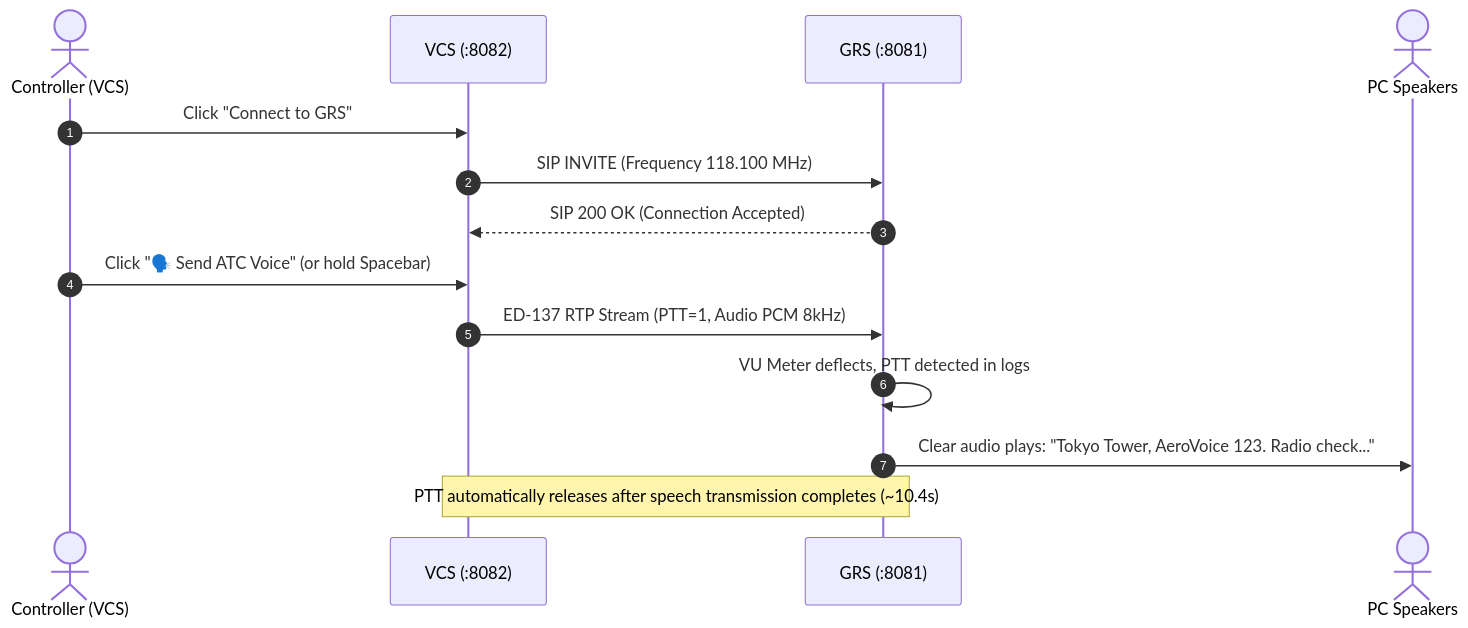
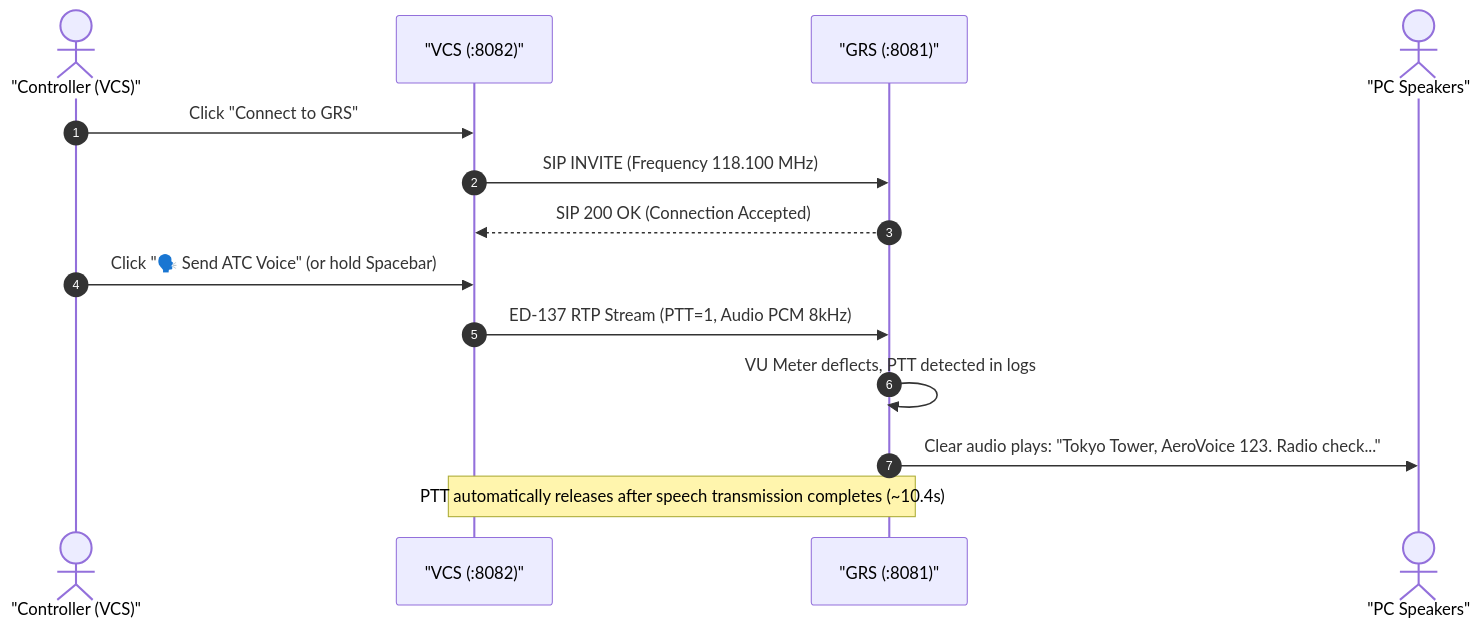
Before and after one commit to sh0jitmy/aerovoice: the third of 3 diagrams in docs/manual.md, drawn with Mermaid. The commit also changed other lines of this file and 5 other files, not shown here.

Commit message:
fix(docs): resolve Mermaid syntax errors in system architecture and manual diagrams

````diff
--- a/docs/manual.md
+++ b/docs/manual.md
@@ -131,18 +131,18 @@
 ```mermaid
 sequenceDiagram
     autonumber
-    actor Controller as Controller (VCS)
-    participant VCS as VCS (:8082)
-    participant GRS as GRS (:8081)
-    actor Speaker as PC Speakers
+    actor Controller as "Controller (VCS)"
+    participant VCS as "VCS (:8082)"
+    participant GRS as "GRS (:8081)"
+    actor Speaker as "PC Speakers"
 
     Controller->>VCS: Click "Connect to GRS"
     VCS->>GRS: SIP INVITE (Frequency 118.100 MHz)
     GRS-->>VCS: SIP 200 OK (Connection Accepted)
 
     Controller->>VCS: Click "🗣️ Send ATC Voice" (or hold Spacebar)
     VCS->>GRS: ED-137 RTP Stream (PTT=1, Audio PCM 8kHz)
     GRS->>GRS: VU Meter deflects, PTT detected in logs
     GRS->>Speaker: Clear audio plays: "Tokyo Tower, AeroVoice 123. Radio check..."
     Note over VCS,GRS: PTT automatically releases after speech transmission completes (~10.4s)
 ```
````
